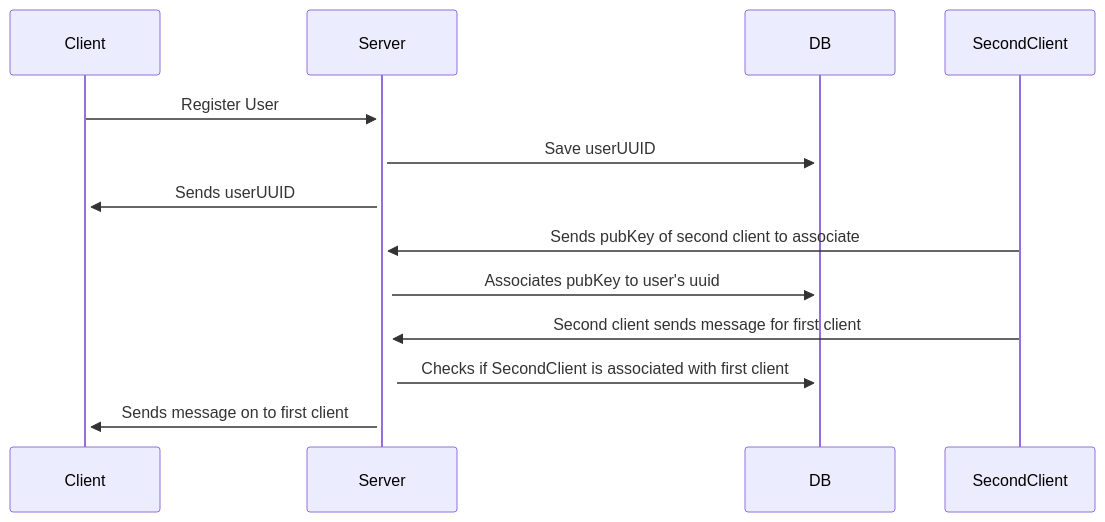
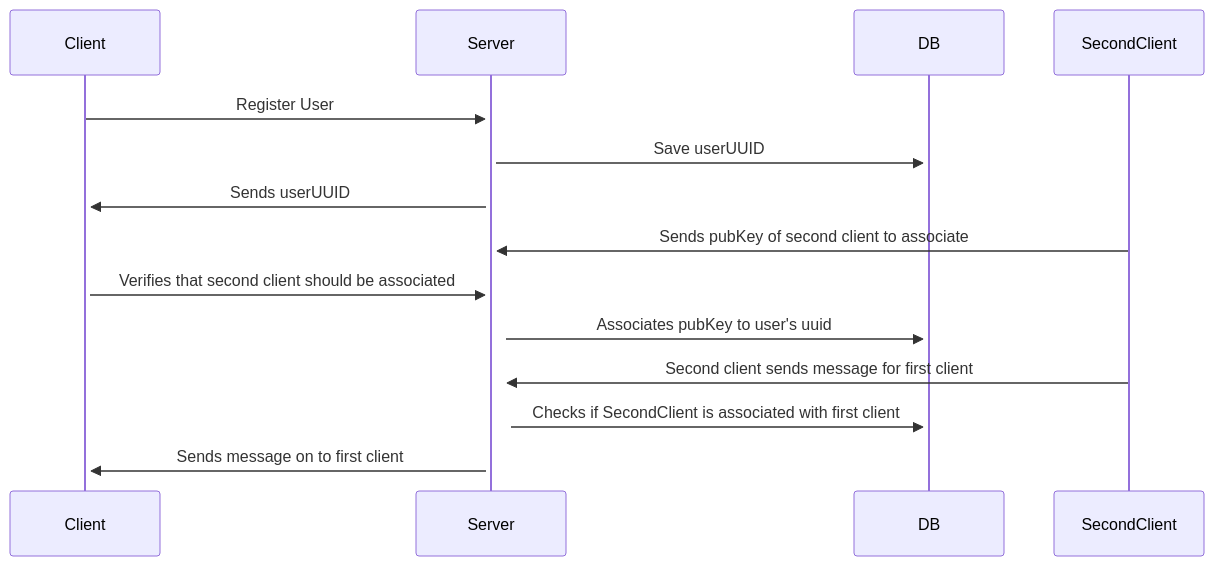
Before and after one commit to planet-nine-app/Julia: the first of 2 diagrams in README.md, drawn with Mermaid.

````diff
--- a/README.md
+++ b/README.md
@@ -12,11 +12,12 @@
 ```mermaid
 sequenceDiagram
     Client->>+Server: Register User
     Server->>+DB: Save userUUID
     Server->>+Client: Sends userUUID
     SecondClient->>+Server: Sends pubKey of second client to associate
+    Client->>+Server: Verifies that second client should be associated
     Server->>+DB: Associates pubKey to user's uuid
     SecondClient->>+Server: Second client sends message for first client
     Server->>+DB: Checks if SecondClient is associated with first client
     Server->>+Client: Sends message on to first client
 ```
````
